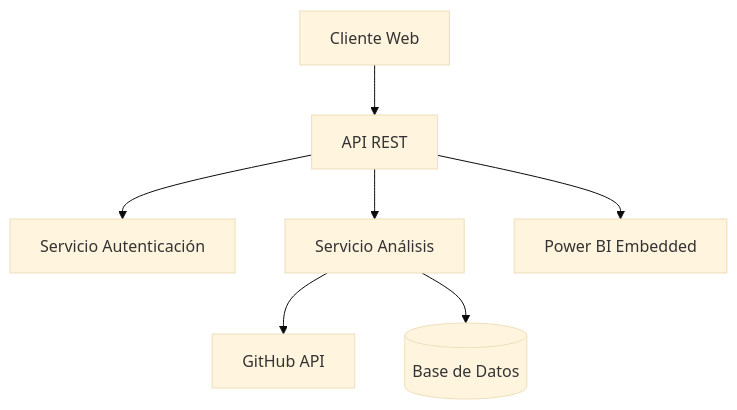
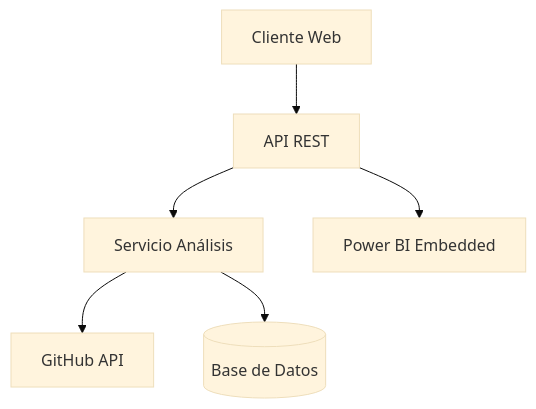
The tenth of 12 diagrams in FD04-EPIS-Informe Arquitectura de Software.md (UPT-FAING-EPIS/proyecto-si885-2025-i-u1-hernandez_paja), drawn with Mermaid (base theme) before and after one commit. The commit also changed other lines of this file and 1 other file, not shown here.

Commit message:
Actualizacion de diagramas FD04

````diff
--- a/FD04-EPIS-Informe Arquitectura de Software.md
+++ b/FD04-EPIS-Informe Arquitectura de Software.md
@@ -285,9 +362,8 @@
 ```mermaid
 flowchart TD
     Cliente[Cliente Web] --> API[API REST]
-    API --> ServAuth[Servicio Autenticación]
     API --> ServAnalisis[Servicio Análisis]
     ServAnalisis --> GitHub[GitHub API]
     ServAnalisis --> BD[(Base de Datos)]
     API --> PowerBI[Power BI Embedded]
 ```
````
